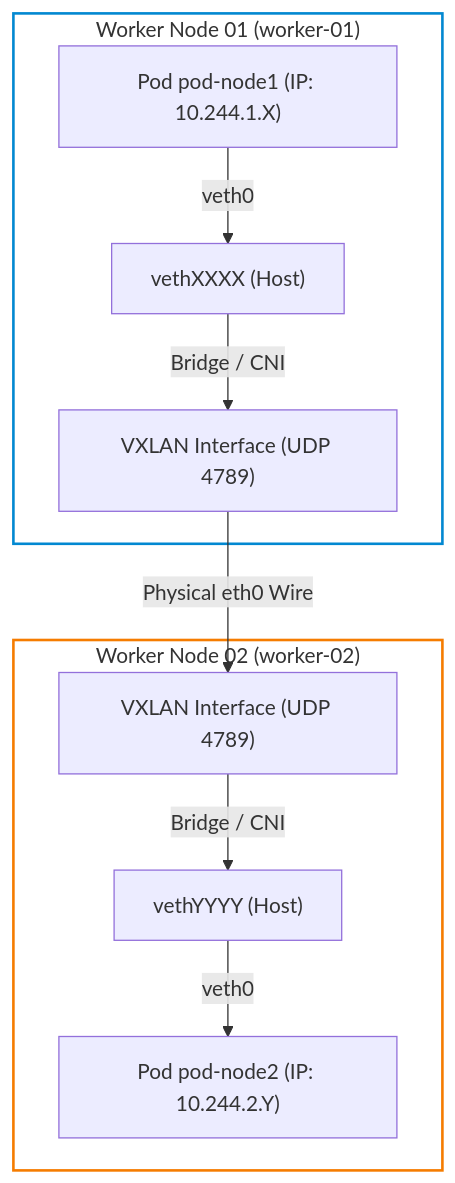
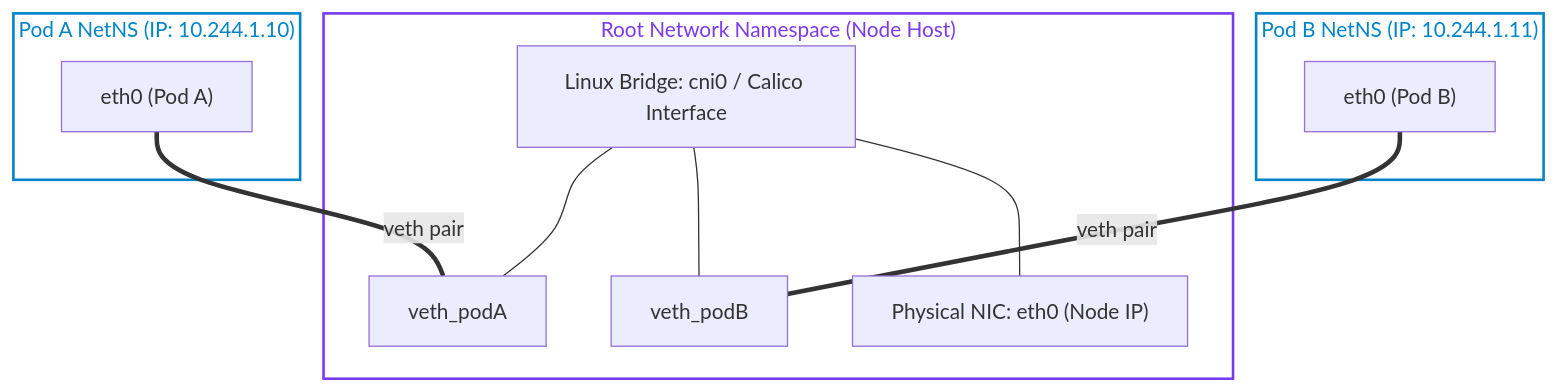
The second of 4 diagrams in _posts/2026-09-12-cka-21-21-mo-hinh-mang-va-cni.md (kiennt308/ntk), drawn with Mermaid before and after one commit. The commit also changed other lines of this file and 39 other files, not shown here.

````diff
--- a/_posts/2026-09-12-cka-21-21-mo-hinh-mang-va-cni.md
+++ b/_posts/2026-09-12-cka-21-21-mo-hinh-mang-va-cni.md
@@ -473,17 +73,29 @@
 ```mermaid
 graph TD
-    subgraph Node1 ["Worker Node 01 (worker-01)"]
-        POD1["Pod pod-node1 (IP: 10.244.1.X)"] -->|"veth0"| VETH1["vethXXXX (Host)"]
-        VETH1 -->|"Bridge / CNI"| TUN1["VXLAN Interface (UDP 4789)"]
+    subgraph RootNetNS ["Root Network Namespace (Node Host)"]
+        Bridge["Linux Bridge: cni0 / Calico Interface"]
+        VethA["veth_podA"]
+        VethB["veth_podB"]
+        Eth0_Host["Physical NIC: eth0 (Node IP)"]
+        
+        Bridge --- VethA
+        Bridge --- VethB
+        Bridge --- Eth0_Host
     end
 
-    subgraph Node2 ["Worker Node 02 (worker-02)"]
-        TUN2["VXLAN Interface (UDP 4789)"] -->|"Bridge / CNI"| VETH2["vethYYYY (Host)"]
-        VETH2 -->|"veth0"| POD2["Pod pod-node2 (IP: 10.244.2.Y)"]
+    subgraph PodA_NS ["Pod A NetNS (IP: 10.244.1.10)"]
+        Eth0_A["eth0 (Pod A)"]
     end
 
-    TUN1 -->|"Physical eth0 Wire"| TUN2
+    subgraph PodB_NS ["Pod B NetNS (IP: 10.244.1.11)"]
+        Eth0_B["eth0 (Pod B)"]
+    end
 
-    style Node1 fill:none,stroke:#0288d1,stroke-width:2px
-    style Node2 fill:none,stroke:#f57c00,stroke-width:2px
+    Eth0_A ===|veth pair| VethA
+    Eth0_B ===|veth pair| VethB
+
+    classDef nsStyle fill:none,stroke:#0284c7,stroke-width:2px,color:#0284c7;
+    classDef hostStyle fill:none,stroke:#7c3aed,stroke-width:2px,color:#7c3aed;
+    class PodA_NS,PodB_NS nsStyle;
+    class RootNetNS hostStyle;
 ```
````
